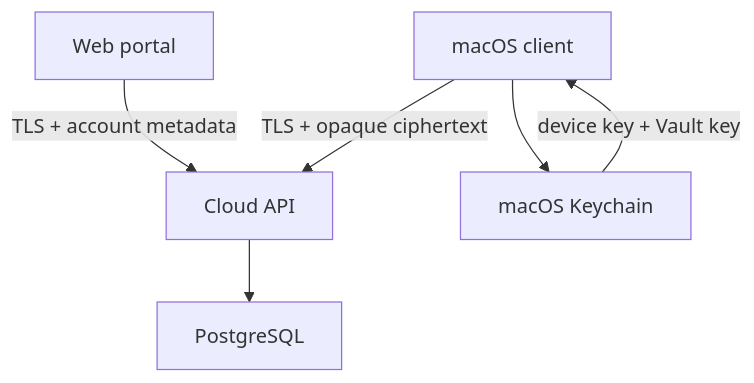
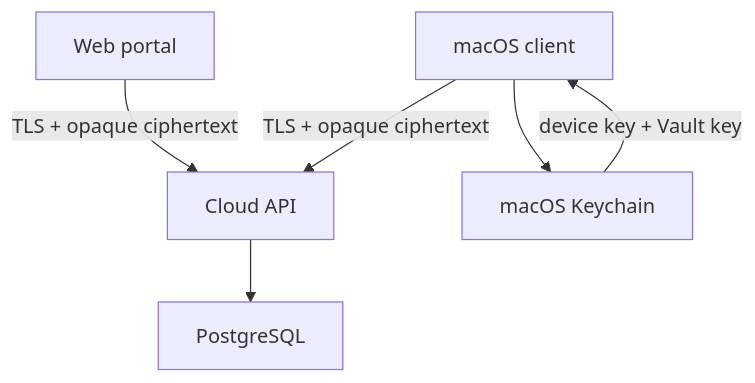
The diagram in docs/cloud-v0.32-architecture.md (PastFly/Selective-Remote), drawn with Mermaid before and after one commit. The commit also changed other lines of this file and 10 other files, not shown here.

````diff
--- a/docs/cloud-v0.32-architecture.md
+++ b/docs/cloud-v0.32-architecture.md
@@ -24,8 +26,8 @@
 ```mermaid
 flowchart TD
     A["macOS client"] -->|"TLS + opaque ciphertext"| B["Cloud API"]
-    W["Web portal"] -->|"TLS + account metadata"| B
+    W["Web portal"] -->|"TLS + opaque ciphertext"| B
     B --> C["PostgreSQL"]
     A --> K["macOS Keychain"]
     K -->|"device key + Vault key"| A
 ```
````
